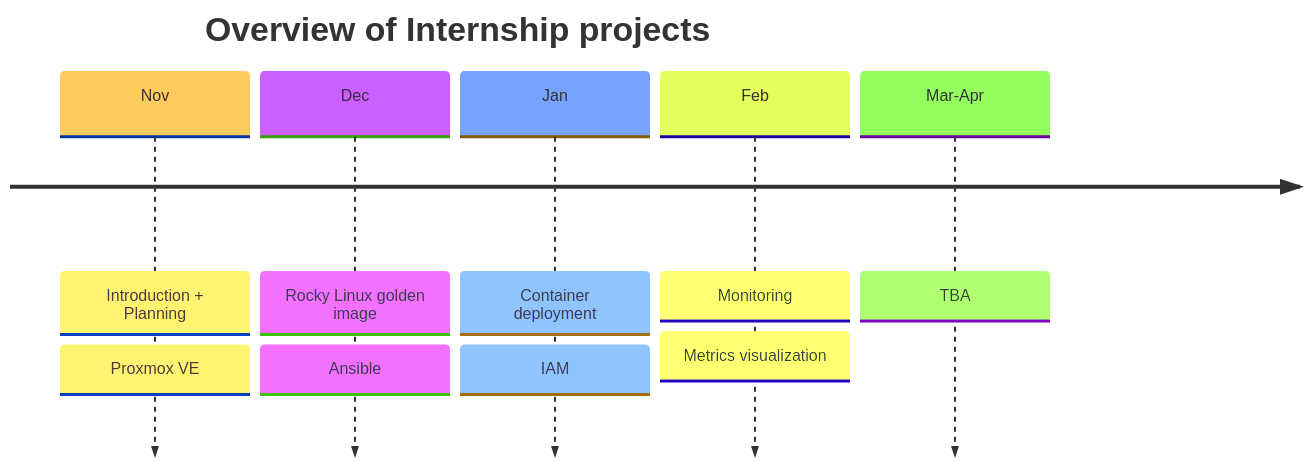
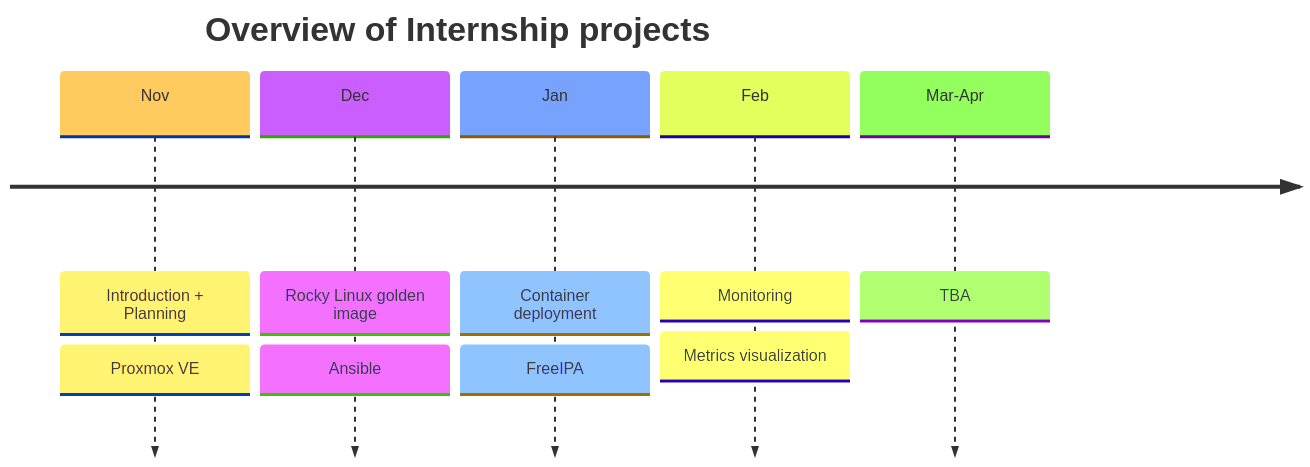
The diagram in Extra/Mermaid/projects.md (JonatanHogild/FreeIPA_for_virtual_environment), drawn with Mermaid before and after one commit.

````diff
--- a/Extra/Mermaid/projects.md
+++ b/Extra/Mermaid/projects.md
@@ -1,13 +1,13 @@
 ```mermaid
 %%{init: { 'logLevel': 'debug', 'theme': 'base' } }%%
 timeline
     title Overview of Internship projects
     Nov : Introduction + Planning
         : Proxmox VE
     Dec : Rocky Linux golden image : Ansible
     Jan : Container deployment
-         : IAM
+         : FreeIPA
     Feb : Monitoring : Metrics visualization
     Mar-Apr : TBA
 
 ```
````
